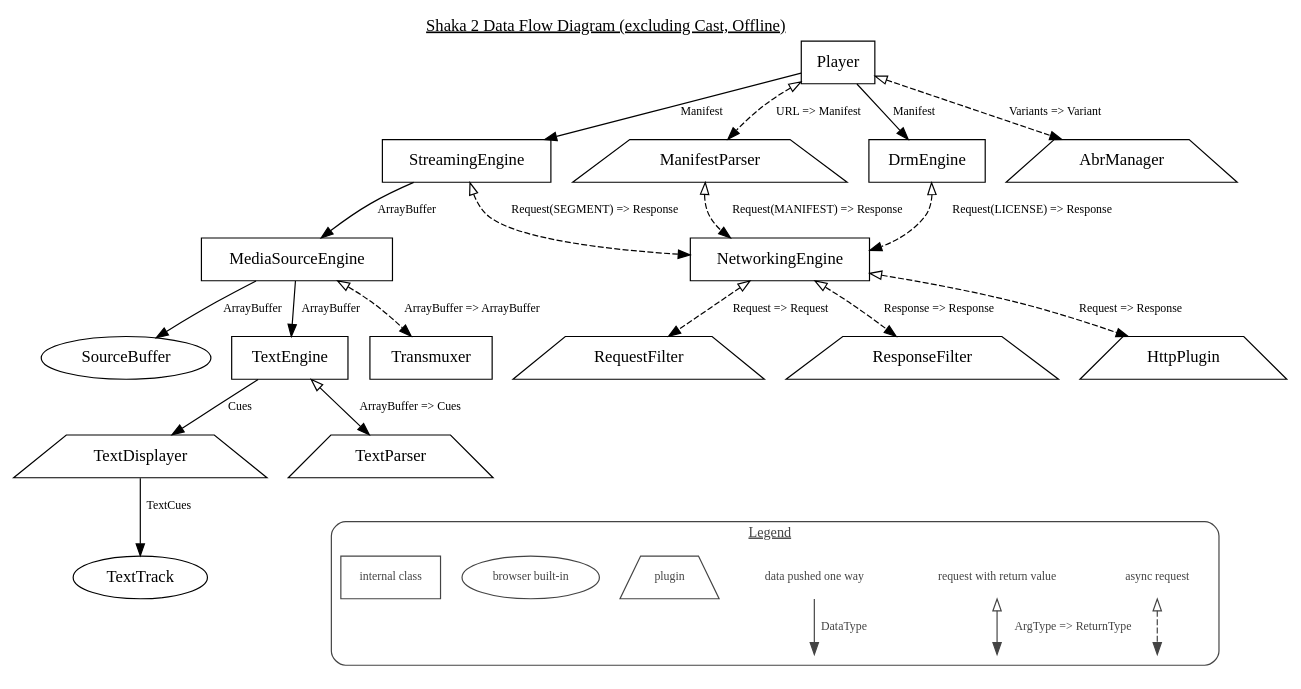
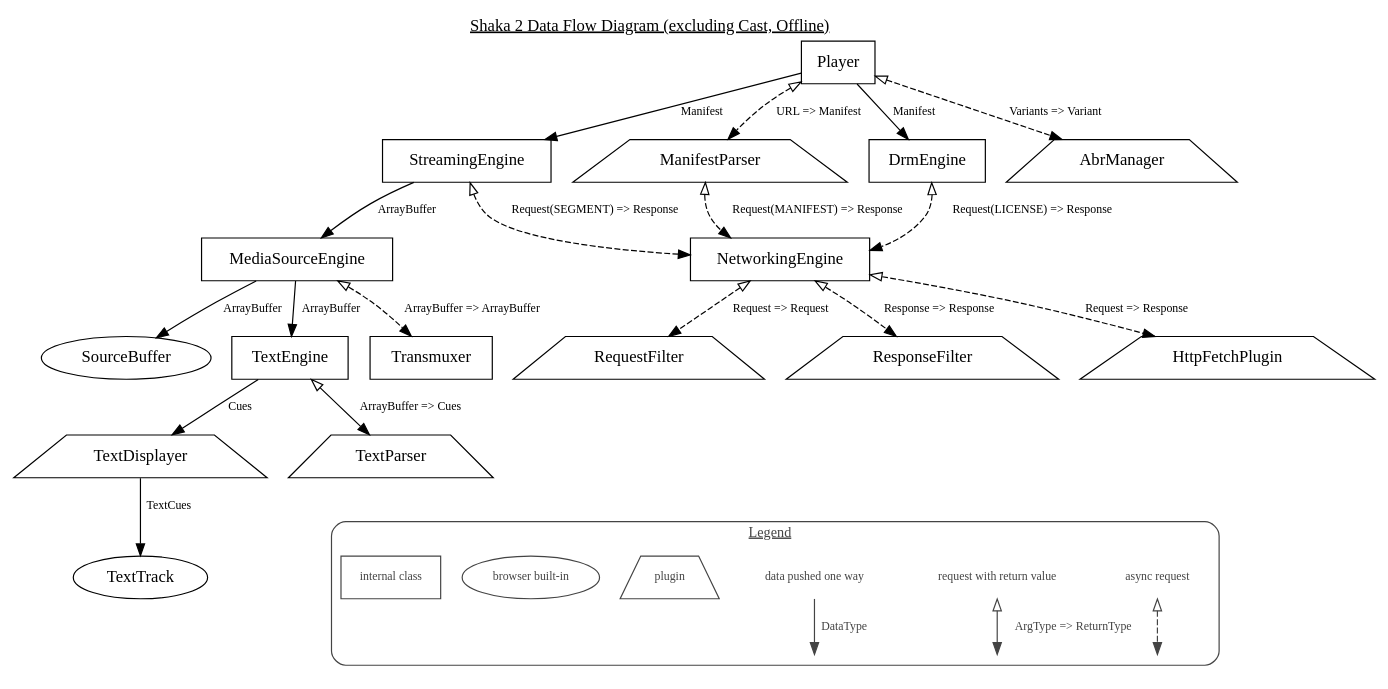
One commit to shaka-project/shaka-player changed the diagram in docs/design/dataflow.gv. Above: the diagram before and after it, drawn with Graphviz. The commit also changed 10 other files, not shown here.

First line of the commit message:
Update architecture diagrams

```diff
--- a/docs/design/dataflow.gv
+++ b/docs/design/dataflow.gv
@@ -1,66 +1,66 @@
 # Generate png with: dot -Tpng -O dataflow.gv
 
 digraph shaka2_data {
   label=<<u>Shaka 2 Data Flow Diagram (excluding Cast, Offline)</u>>
   labelloc=t
   node [ shape=rectangle ]
   edge [ fontsize=10 ]
 
   SourceBuffer [ shape=oval ]
   TextTrack [ shape=oval ]
 
   AbrManager [ shape=trapezium ]
   ManifestParser [ shape=trapezium ]
   TextDisplayer [ shape=trapezium ]
   TextParser [ shape=trapezium ]
   RequestFilter [ shape=trapezium ]
   ResponseFilter [ shape=trapezium ]
-  HttpPlugin [ shape=trapezium ]
+  HttpFetchPlugin [ shape=trapezium ]
 
   Player -> AbrManager [ label="Variants => Variant" dir=both arrowtail=onormal style=dashed ]
   Player -> ManifestParser [ label="URL => Manifest" dir=both arrowtail=onormal style=dashed ]
   Player -> StreamingEngine [ label=Manifest ]
   Player -> DrmEngine [ label=Manifest ]
 
   ManifestParser -> NetworkingEngine [ label="Request(MANIFEST) => Response" dir=both arrowtail=onormal style=dashed ]
   StreamingEngine -> NetworkingEngine [ label="Request(SEGMENT) => Response" dir=both arrowtail=onormal style=dashed ]
   DrmEngine -> NetworkingEngine [ label="Request(LICENSE) => Response" dir=both arrowtail=onormal style=dashed ]
 
   StreamingEngine -> MediaSourceEngine [ label="ArrayBuffer" ]
   MediaSourceEngine -> SourceBuffer [ label="ArrayBuffer" ]
   MediaSourceEngine -> TextEngine [ label="ArrayBuffer" ]
   MediaSourceEngine -> Transmuxer [ label="ArrayBuffer => ArrayBuffer" dir=both arrowtail=onormal style=dashed ]
 
   TextEngine -> TextParser [ label="ArrayBuffer => Cues" dir=both arrowtail=onormal ]
   TextEngine -> TextDisplayer [ label="Cues" ]
   TextDisplayer -> TextTrack [ label="TextCues" ]
 
   NetworkingEngine -> RequestFilter [ label="Request => Request" dir=both arrowtail=onormal style=dashed ]
   NetworkingEngine -> ResponseFilter [ label="Response => Response" dir=both arrowtail=onormal style=dashed ]
-  NetworkingEngine -> HttpPlugin [ label="Request => Response" dir=both arrowtail=onormal style=dashed ]
+  NetworkingEngine -> HttpFetchPlugin [ label="Request => Response" dir=both arrowtail=onormal style=dashed ]
 
   subgraph cluster_legend {
     style=rounded
     color="#444444"
     label=<<u>Legend</u>>
     fontsize=12
     fontcolor="#444444"
 
     node [ shape=plaintext color="#444444" fontsize=10 fontcolor="#444444" ]
     edge [ color="#444444" fontcolor="#444444" ]
 
     blank1 [ label="" fixedsize=true height=0 ]
     blank2 [ label="" fixedsize=true height=0 ]
     blank3 [ label="" fixedsize=true height=0 ]
     "async request" -> blank3 [ dir=both arrowtail=onormal style=dashed ]
     "request with return value" -> blank2 [ dir=both arrowtail=onormal label="ArgType => ReturnType" ]
     "data pushed one way" -> blank1 [ label="DataType" ]
 
     plugin [ shape=trapezium ]
     "browser built-in" [ shape=oval ]
     "internal class" [ shape=rectangle ]
   }
 
   # Hack to move the legend beneath the main graph:
   TextParser -> "internal class" [ style=invisible arrowhead=none ]
 }
```
